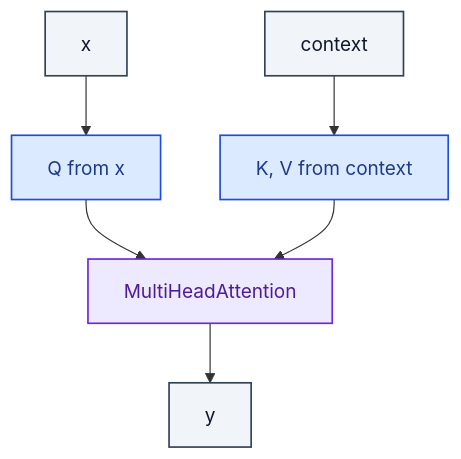
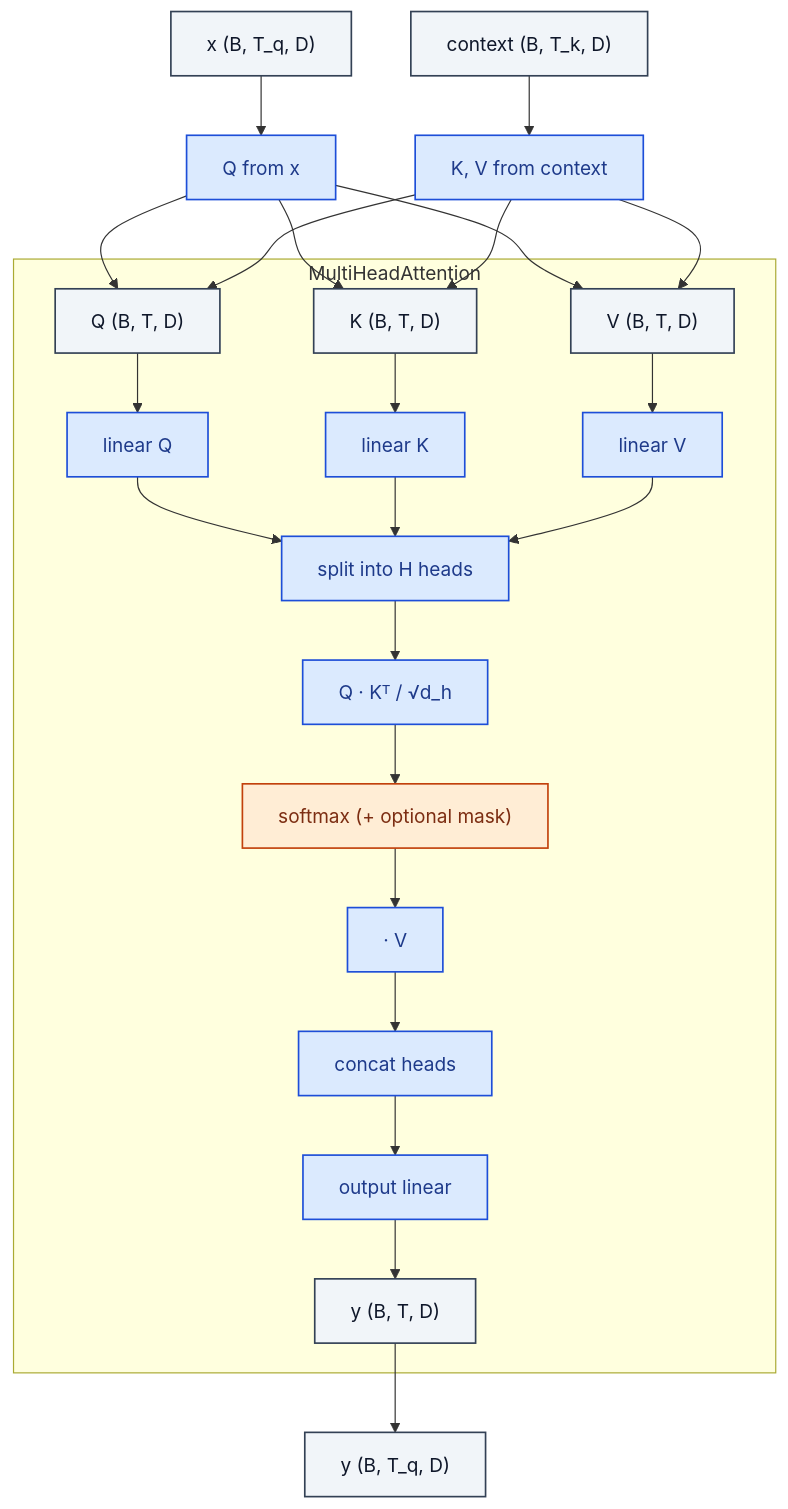
One commit to RealityShifts/Srivastava-book-of-Blocks-diagrams changed the diagram in attention/CrossAttention.md. Above: the diagram before and after it, drawn with Mermaid. The commit also changed 123 other files, not shown here.

````diff
--- a/attention/CrossAttention.md
+++ b/attention/CrossAttention.md
@@ -7,23 +7,54 @@
 ```mermaid
 flowchart TD
-    n0_0["x"]:::io
-    n0_1["context"]:::io
+    n0_0["x  (B, T_q, D)"]:::io
+    n0_1["context  (B, T_k, D)"]:::io
     n1_0["Q from x"]:::op
     n1_1["K, V from context"]:::op
-    n2_0["MultiHeadAttention"]:::attn
-    n3_0["y"]:::io
+    subgraph n2_0["MultiHeadAttention"]
+        n2_0_0_0["Q  (B, T, D)"]:::io
+        n2_0_0_1["K  (B, T, D)"]:::io
+        n2_0_0_2["V  (B, T, D)"]:::io
+        n2_0_1_0["linear Q"]:::op
+        n2_0_1_1["linear K"]:::op
+        n2_0_1_2["linear V"]:::op
+        n2_0_2_0["split into H heads"]:::op
+        n2_0_3_0["Q · Kᵀ / √d_h"]:::op
+        n2_0_4_0["softmax (+ optional mask)"]:::act
+        n2_0_5_0["· V"]:::op
+        n2_0_6_0["concat heads"]:::op
+        n2_0_7_0["output linear"]:::op
+        n2_0_8_0["y  (B, T, D)"]:::io
+        n2_0_0_0 --> n2_0_1_0
+        n2_0_0_1 --> n2_0_1_1
+        n2_0_0_2 --> n2_0_1_2
+        n2_0_1_0 --> n2_0_2_0
+        n2_0_1_1 --> n2_0_2_0
+        n2_0_1_2 --> n2_0_2_0
+        n2_0_2_0 --> n2_0_3_0
+        n2_0_3_0 --> n2_0_4_0
+        n2_0_4_0 --> n2_0_5_0
+        n2_0_5_0 --> n2_0_6_0
+        n2_0_6_0 --> n2_0_7_0
+        n2_0_7_0 --> n2_0_8_0
+    end
+    n3_0["y  (B, T_q, D)"]:::io
     n0_0 --> n1_0
     n0_1 --> n1_1
-    n1_0 --> n2_0
-    n1_1 --> n2_0
-    n2_0 --> n3_0
+    n1_0 --> n2_0_0_0
+    n1_0 --> n2_0_0_1
+    n1_0 --> n2_0_0_2
+    n1_1 --> n2_0_0_0
+    n1_1 --> n2_0_0_1
+    n1_1 --> n2_0_0_2
+    n2_0_8_0 --> n3_0
     classDef io fill:#f1f5f9,stroke:#334155,stroke-width:1.4px,color:#0f172a
     classDef op fill:#dbeafe,stroke:#1d4ed8,stroke-width:1.4px,color:#1e3a8a
     classDef norm fill:#dcfce7,stroke:#15803d,stroke-width:1.4px,color:#14532d
     classDef act fill:#ffedd5,stroke:#c2410c,stroke-width:1.4px,color:#7c2d12
     classDef attn fill:#ede9fe,stroke:#6d28d9,stroke-width:1.4px,color:#4c1d95
     classDef merge fill:#fef3c7,stroke:#b45309,stroke-width:1.4px,color:#78350f
     classDef emb fill:#fef9c3,stroke:#a16207,stroke-width:1.4px,color:#713f12
     classDef loss fill:#fee2e2,stroke:#b91c1c,stroke-width:1.4px,color:#7f1d1d
     classDef ctrl fill:#f5f5f4,stroke:#52525b,stroke-width:1.4px,color:#27272a
+    classDef ref fill:#e0f2fe,stroke:#0369a1,stroke-width:2px,color:#0c4a6e,stroke-dasharray: 4 2
 ```
````
